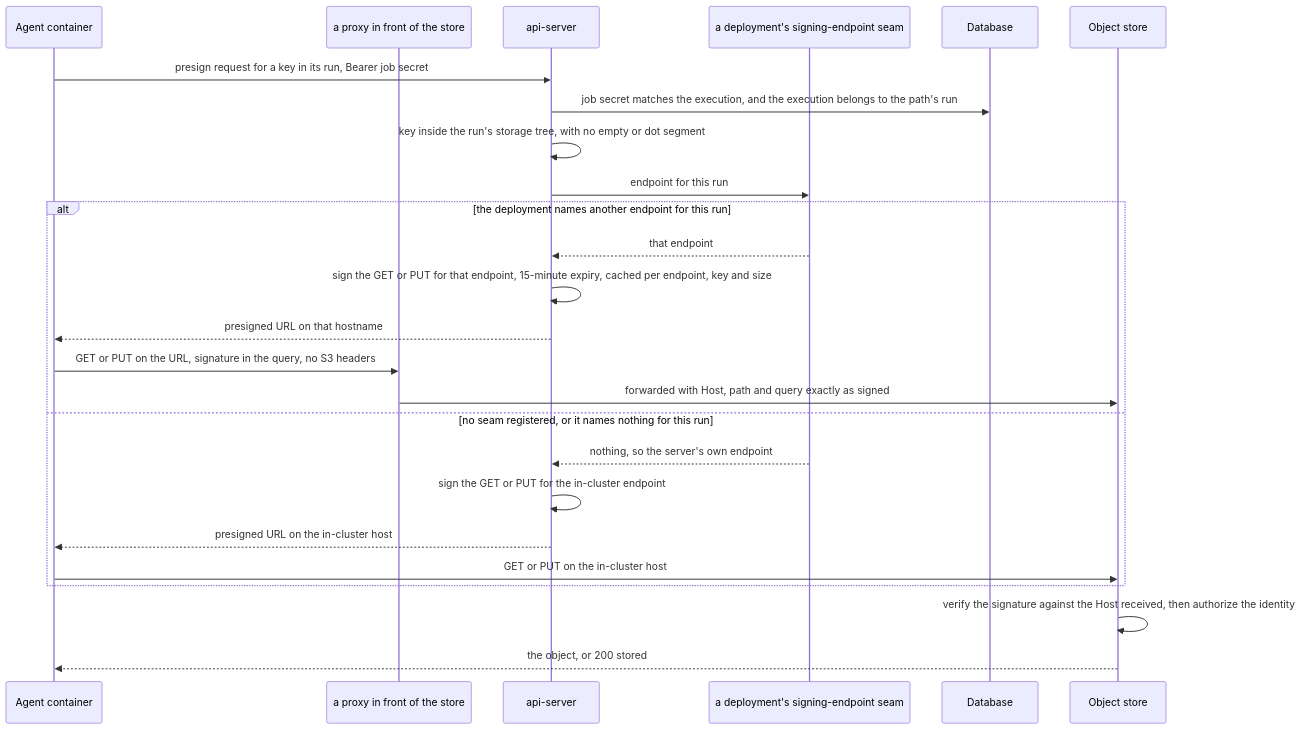
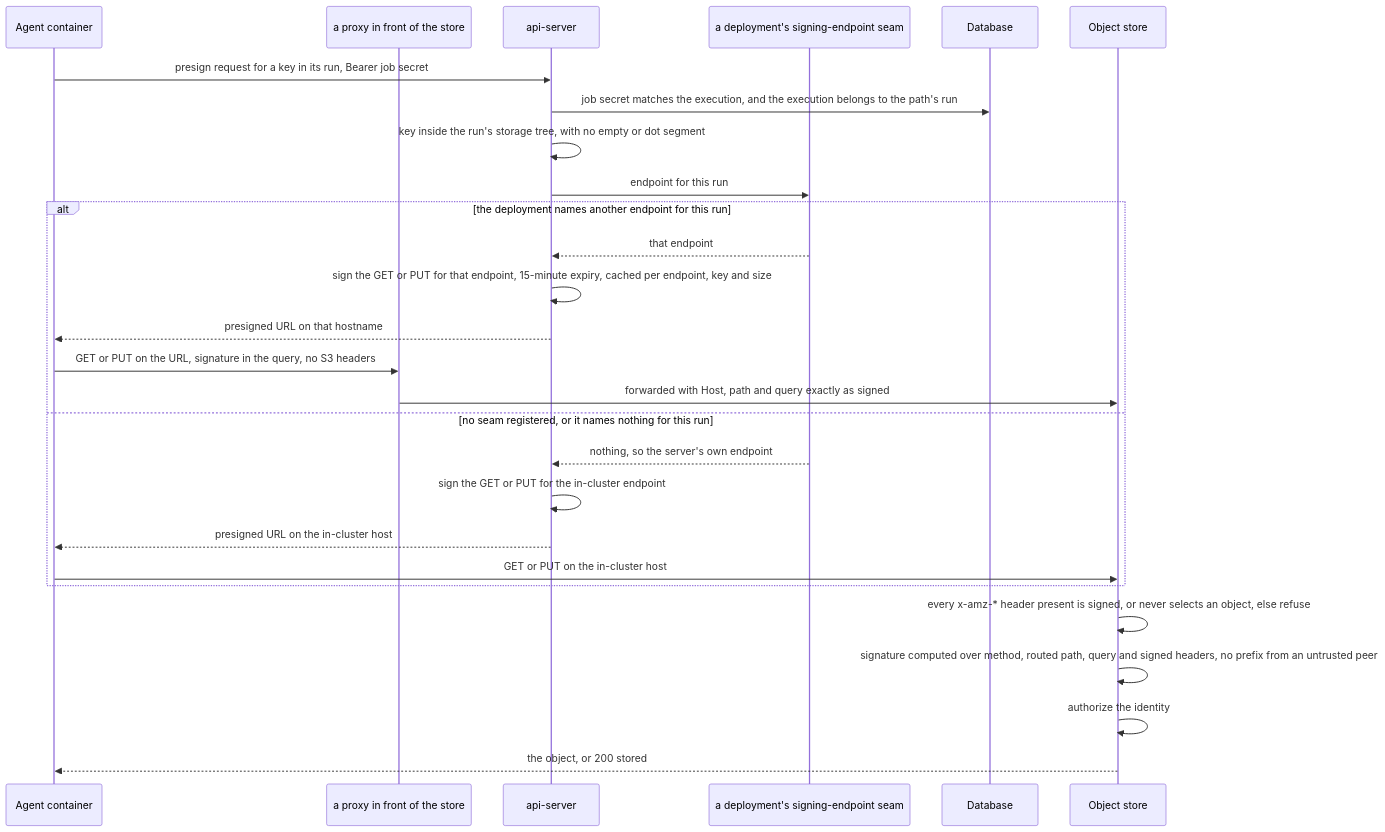
Before and after one commit to dangtrivan15/choruskube: the first of 7 diagrams in ARCHITECTURE.md, drawn with Mermaid. The commit also changed other lines of this file and 12 other files, not shown here.

````diff
--- a/ARCHITECTURE.md
+++ b/ARCHITECTURE.md
@@ -262,28 +262,30 @@
 ```mermaid
 sequenceDiagram
   participant A as Agent container
   participant P as a proxy in front of the store
   participant API as api-server
   participant R as a deployment's signing-endpoint seam
   participant D as Database
   participant S as Object store
 
   A->>API: presign request for a key in its run, Bearer job secret
   API->>D: job secret matches the execution, and the execution belongs to the path's run
   API->>API: key inside the run's storage tree, with no empty or dot segment
   API->>R: endpoint for this run
   alt the deployment names another endpoint for this run
     R-->>API: that endpoint
     API->>API: sign the GET or PUT for that endpoint, 15-minute expiry, cached per endpoint, key and size
     API-->>A: presigned URL on that hostname
     A->>P: GET or PUT on the URL, signature in the query, no S3 headers
     P->>S: forwarded with Host, path and query exactly as signed
   else no seam registered, or it names nothing for this run
     R-->>API: nothing, so the server's own endpoint
     API->>API: sign the GET or PUT for the in-cluster endpoint
     API-->>A: presigned URL on the in-cluster host
     A->>S: GET or PUT on the in-cluster host
   end
-  S->>S: verify the signature against the Host received, then authorize the identity
+  S->>S: every x-amz-* header present is signed, or never selects an object, else refuse
+  S->>S: signature computed over method, routed path, query and signed headers, no prefix from an untrusted peer
+  S->>S: authorize the identity
   S-->>A: the object, or 200 stored
 ```
````
